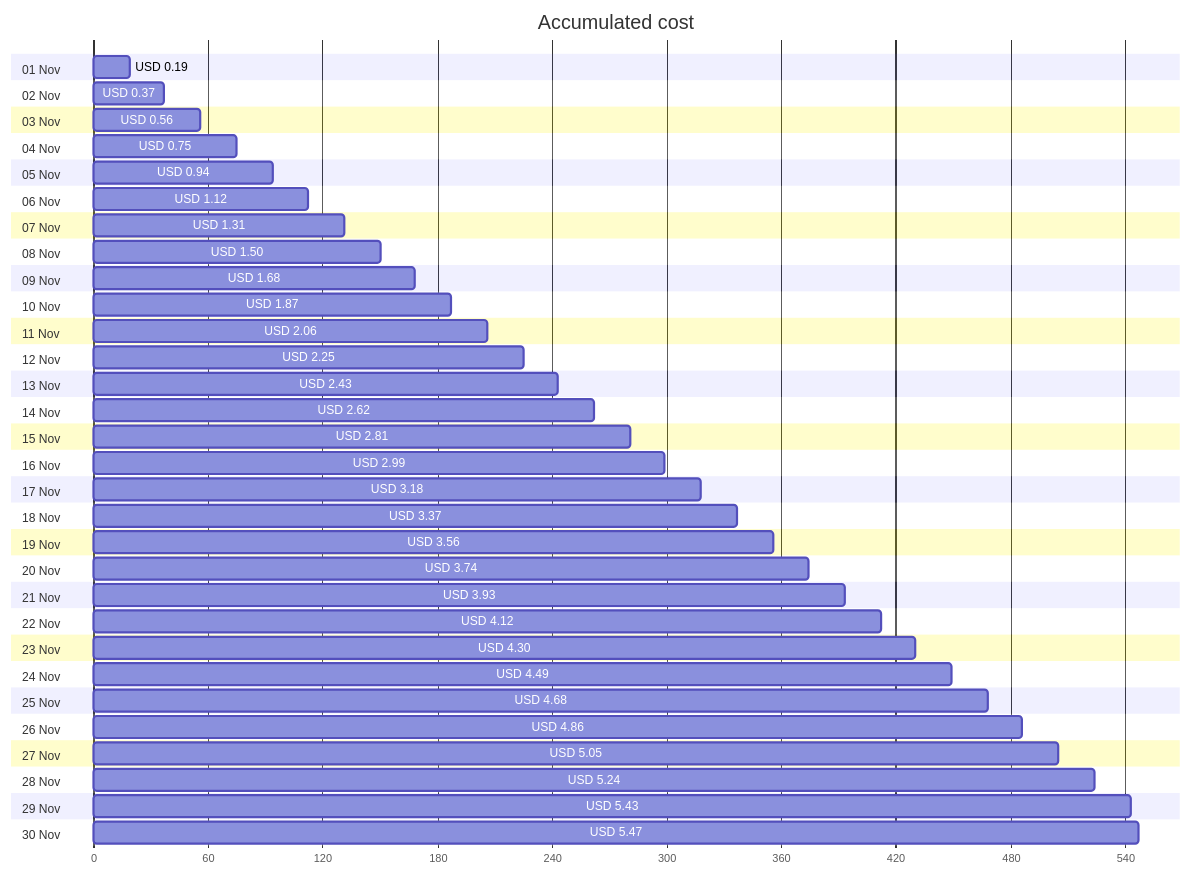
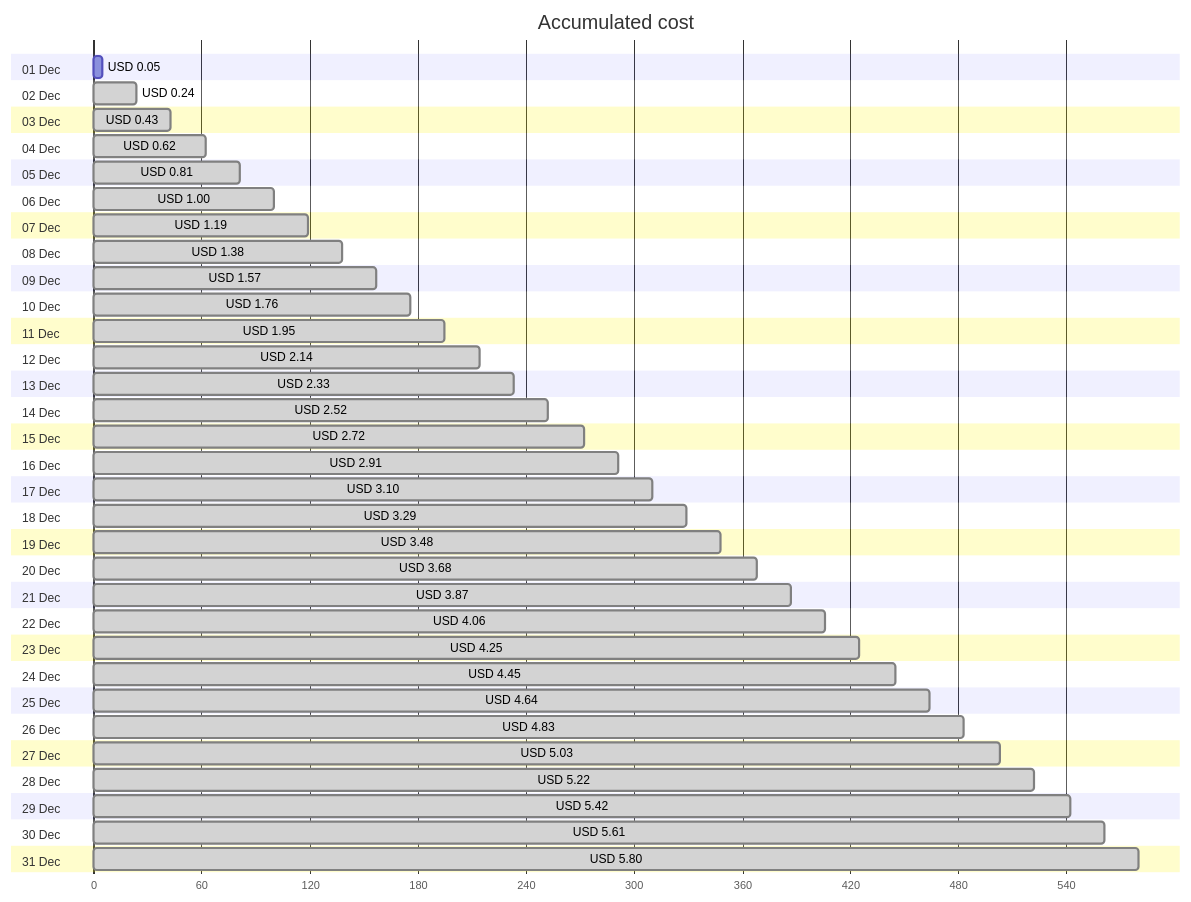
One commit to jpfulton/azure-personal-reports changed the first of 4 diagrams in cost-reports/personal-network/backup-server.md. Above: the diagram before and after it, drawn with Mermaid. The commit also changed other lines of this file and 8 other files, not shown here.

````diff
--- a/cost-reports/personal-network/backup-server.md
+++ b/cost-reports/personal-network/backup-server.md
@@ -20,66 +20,68 @@
 ```mermaid
 gantt
    title Accumulated cost
    dateFormat  X
    axisFormat %s
-   section 01 Nov
-   USD 0.19 :0, 19
-   section 02 Nov
-   USD 0.37 :0, 37
-   section 03 Nov
-   USD 0.56 :0, 56
-   section 04 Nov
-   USD 0.75 :0, 75
-   section 05 Nov
-   USD 0.94 :0, 94
-   section 06 Nov
-   USD 1.12 :0, 112
-   section 07 Nov
-   USD 1.31 :0, 131
-   section 08 Nov
-   USD 1.50 :0, 150
-   section 09 Nov
-   USD 1.68 :0, 168
-   section 10 Nov
-   USD 1.87 :0, 187
-   section 11 Nov
-   USD 2.06 :0, 206
-   section 12 Nov
-   USD 2.25 :0, 225
-   section 13 Nov
-   USD 2.43 :0, 243
-   section 14 Nov
-   USD 2.62 :0, 262
-   section 15 Nov
-   USD 2.81 :0, 281
-   section 16 Nov
-   USD 2.99 :0, 299
-   section 17 Nov
-   USD 3.18 :0, 318
-   section 18 Nov
-   USD 3.37 :0, 337
-   section 19 Nov
-   USD 3.56 :0, 356
-   section 20 Nov
-   USD 3.74 :0, 374
-   section 21 Nov
-   USD 3.93 :0, 393
-   section 22 Nov
-   USD 4.12 :0, 412
-   section 23 Nov
-   USD 4.30 :0, 430
-   section 24 Nov
-   USD 4.49 :0, 449
-   section 25 Nov
-   USD 4.68 :0, 468
-   section 26 Nov
-   USD 4.86 :0, 486
-   section 27 Nov
-   USD 5.05 :0, 505
-   section 28 Nov
-   USD 5.24 :0, 524
-   section 29 Nov
-   USD 5.43 :0, 543
-   section 30 Nov
-   USD 5.47 :0, 547
+   section 01 Dec
+   USD 0.05 :0, 5
+   section 02 Dec
+   USD 0.24 : done, 0, 24
+   section 03 Dec
+   USD 0.43 : done, 0, 43
+   section 04 Dec
+   USD 0.62 : done, 0, 62
+   section 05 Dec
+   USD 0.81 : done, 0, 81
+   section 06 Dec
+   USD 1.00 : done, 0, 100
+   section 07 Dec
+   USD 1.19 : done, 0, 119
+   section 08 Dec
+   USD 1.38 : done, 0, 138
+   section 09 Dec
+   USD 1.57 : done, 0, 157
+   section 10 Dec
+   USD 1.76 : done, 0, 176
+   section 11 Dec
+   USD 1.95 : done, 0, 195
+   section 12 Dec
+   USD 2.14 : done, 0, 214
+   section 13 Dec
+   USD 2.33 : done, 0, 233
+   section 14 Dec
+   USD 2.52 : done, 0, 252
+   section 15 Dec
+   USD 2.72 : done, 0, 272
+   section 16 Dec
+   USD 2.91 : done, 0, 291
+   section 17 Dec
+   USD 3.10 : done, 0, 310
+   section 18 Dec
+   USD 3.29 : done, 0, 329
+   section 19 Dec
+   USD 3.48 : done, 0, 348
+   section 20 Dec
+   USD 3.68 : done, 0, 368
+   section 21 Dec
+   USD 3.87 : done, 0, 387
+   section 22 Dec
+   USD 4.06 : done, 0, 406
+   section 23 Dec
+   USD 4.25 : done, 0, 425
+   section 24 Dec
+   USD 4.45 : done, 0, 445
+   section 25 Dec
+   USD 4.64 : done, 0, 464
+   section 26 Dec
+   USD 4.83 : done, 0, 483
+   section 27 Dec
+   USD 5.03 : done, 0, 503
+   section 28 Dec
+   USD 5.22 : done, 0, 522
+   section 29 Dec
+   USD 5.42 : done, 0, 542
+   section 30 Dec
+   USD 5.61 : done, 0, 561
+   section 31 Dec
+   USD 5.80 : done, 0, 580
 ```
````
